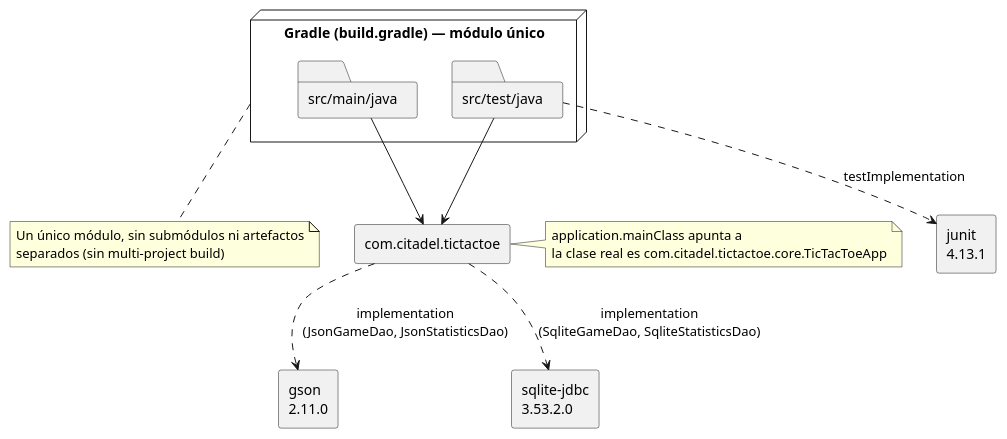
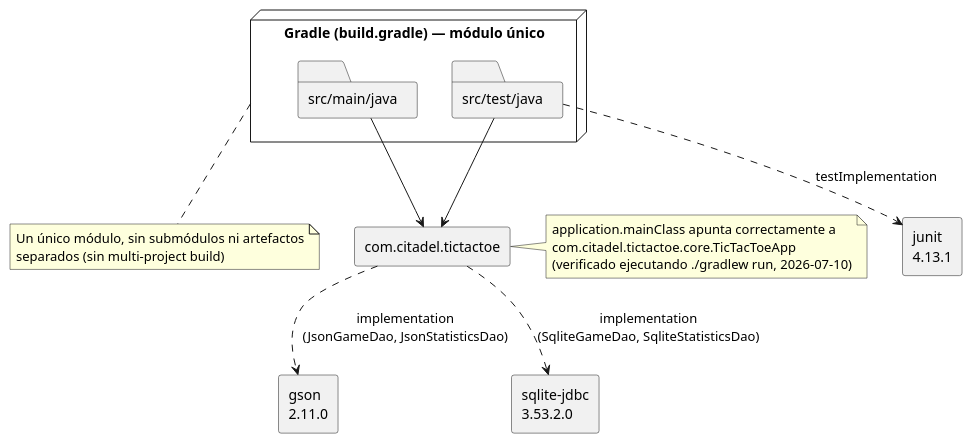
One commit to pcarroza/tictactoe-java changed the diagram in docs/4+1views/desarrollo/componentes-build.puml. Above: the diagram before and after it, drawn with PlantUML. The commit also changed 16 other files, not shown here.

```diff
--- a/docs/4+1views/desarrollo/componentes-build.puml
+++ b/docs/4+1views/desarrollo/componentes-build.puml
@@ -1,31 +1,31 @@
 @startuml componentes-build
 skinparam componentStyle rectangle
 
 node "Gradle (build.gradle) — módulo único" as gradle {
   folder "src/main/java" as main
   folder "src/test/java" as test
 }
 
 component "com.citadel.tictactoe" as app
 component "gson\n2.11.0" as gson
 component "sqlite-jdbc\n3.53.2.0" as sqlite
 component "junit\n4.13.1" as junit
 
 main -down-> app
 test -down-> app
 
 app ..> gson : implementation\n(JsonGameDao, JsonStatisticsDao)
 app ..> sqlite : implementation\n(SqliteGameDao, SqliteStatisticsDao)
 test ..> junit : testImplementation
 
 note bottom of gradle
   Un único módulo, sin submódulos ni artefactos
   separados (sin multi-project build)
 end note
 
 note right of app
-  application.mainClass apunta a
-  'main.core.TicTacToeApp' — desactualizado,
-  la clase real es com.citadel.tictactoe.core.TicTacToeApp
+  application.mainClass apunta correctamente a
+  com.citadel.tictactoe.core.TicTacToeApp
+  (verificado ejecutando ./gradlew run, 2026-07-10)
 end note
 @enduml
```
